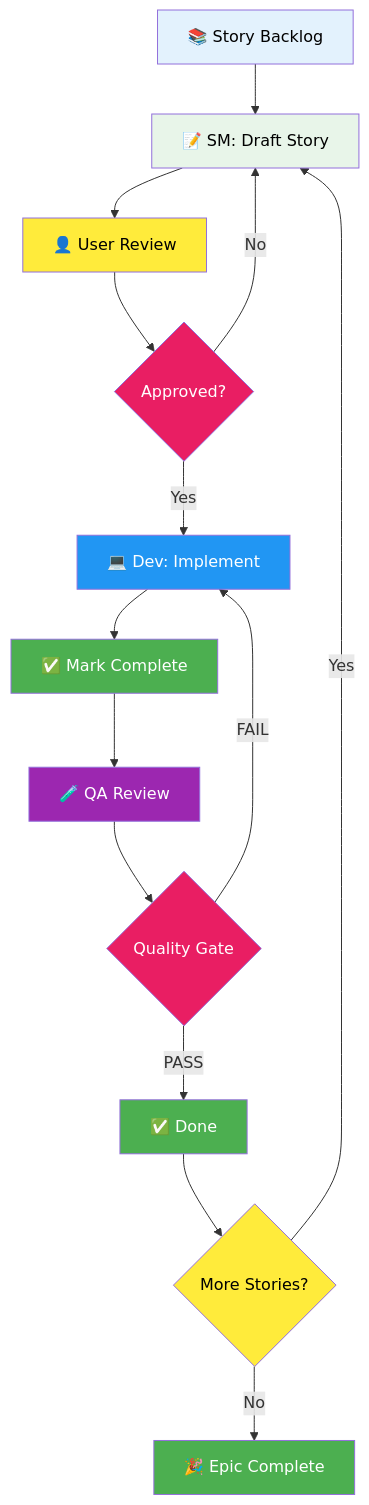
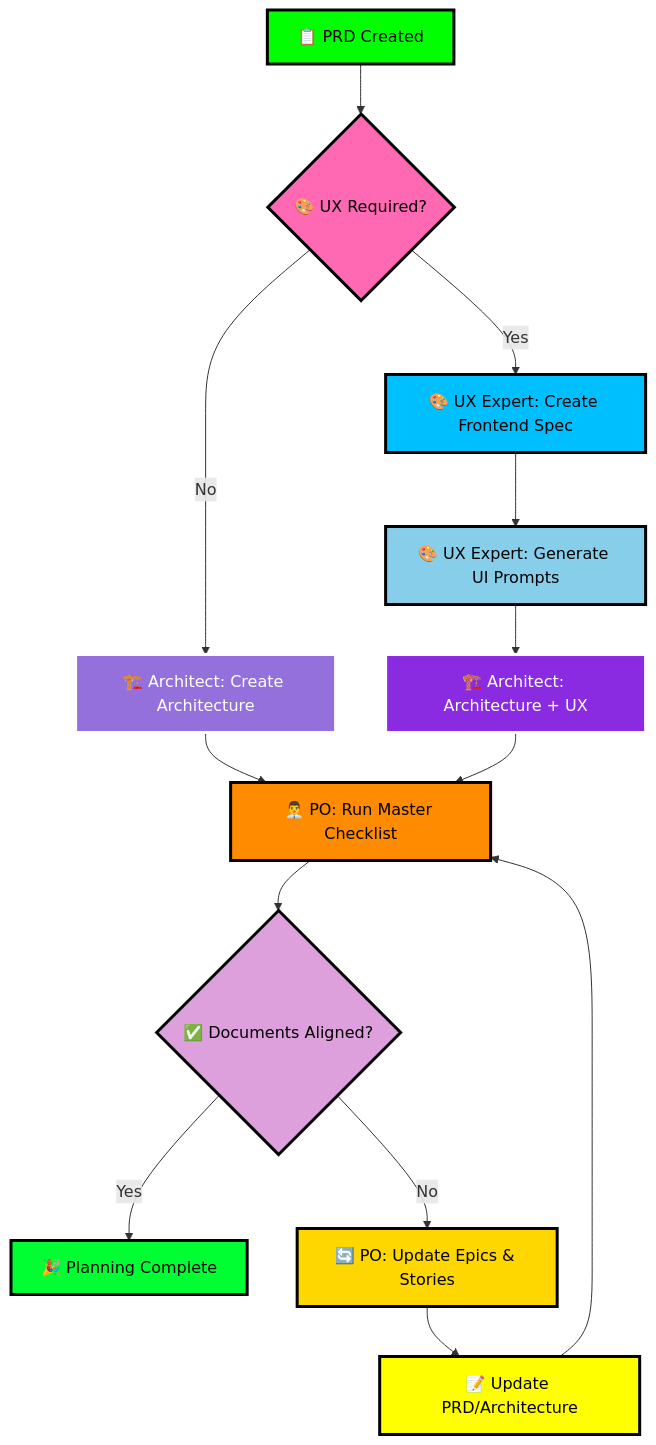
Before and after one commit to garkpit/RT-Vault: the sixth of 12 diagrams in BMAD-method/BMAD-method - a visual guide.md, drawn with Mermaid. The commit also changed other lines of this file and 7 other files, not shown here.

````diff
--- a/BMAD-method/BMAD-method - a visual guide.md
+++ b/BMAD-method/BMAD-method - a visual guide.md
@@ -285,28 +223,27 @@
 ```mermaid
 graph TD
-    A["📚 Story Backlog"] --> B["📝 SM: Draft Story"]
-    B --> C["👤 User Review"]
-    C --> D{"Approved?"}
-    D -->|No| B
-    D -->|Yes| E["💻 Dev: Implement"]
-    E --> F["✅ Mark Complete"]
-    F --> G["🧪 QA Review"]
-    G --> H{"Quality Gate"}
-    H -->|PASS| I["✅ Done"]
-    H -->|FAIL| E
-    I --> J{"More Stories?"}
-    J -->|Yes| B
-    J -->|No| K["🎉 Epic Complete"]
+    A10["📋 PRD Created"] --> A11{"🎨 UX Required?"}
+    A11 -->|Yes| A12["🎨 UX Expert: Create Frontend Spec"]
+    A11 -->|No| A13["🏗️ Architect: Create Architecture"]
+    A12 --> A14["🎨 UX Expert: Generate UI Prompts"]
+    A14 --> A15["🏗️ Architect: Architecture + UX"]
+    A13 --> A16["👨‍💼 PO: Run Master Checklist"]
+    A15 --> A16
+    A16 --> A17{"✅ Documents Aligned?"}
+    A17 -->|Yes| A18["🎉 Planning Complete"]
+    A17 -->|No| A19["🔄 PO: Update Epics & Stories"]
+    A19 --> A20["📝 Update PRD/Architecture"]
+    A20 --> A16
     
-    style A fill:#e3f2fd,color:#000
-    style B fill:#e8f5e9,color:#000
-    style C fill:#ffeb3b,color:#000
-    style D fill:#e91e63,color:#fff
-    style E fill:#2196f3,color:#fff
-    style F fill:#4caf50,color:#fff
-    style G fill:#9c27b0,color:#fff
-    style H fill:#e91e63,color:#fff
-    style I fill:#4caf50,color:#fff
-    style J fill:#ffeb3b,color:#000
-    style K fill:#4caf50,color:#fff
+    style A10 fill:#00FF00,color:#000000,stroke:#000000,stroke-width:3px
+    style A11 fill:#FF69B4,color:#000000,stroke:#000000,stroke-width:3px
+    style A12 fill:#00BFFF,color:#000000,stroke:#000000,stroke-width:3px
+    style A13 fill:#9370DB,color:#FFFFFF,stroke:#FFFFFF,stroke-width:3px
+    style A14 fill:#87CEEB,color:#000000,stroke:#000000,stroke-width:3px
+    style A15 fill:#8A2BE2,color:#FFFFFF,stroke:#FFFFFF,stroke-width:3px
+    style A16 fill:#FF8C00,color:#000000,stroke:#000000,stroke-width:3px
+    style A17 fill:#DDA0DD,color:#000000,stroke:#000000,stroke-width:3px
+    style A18 fill:#00FF32,color:#000000,stroke:#000000,stroke-width:3px
+    style A19 fill:#FFD700,color:#000000,stroke:#000000,stroke-width:3px
+    style A20 fill:#FFFF00,color:#000000,stroke:#000000,stroke-width:3px
 ```
````
